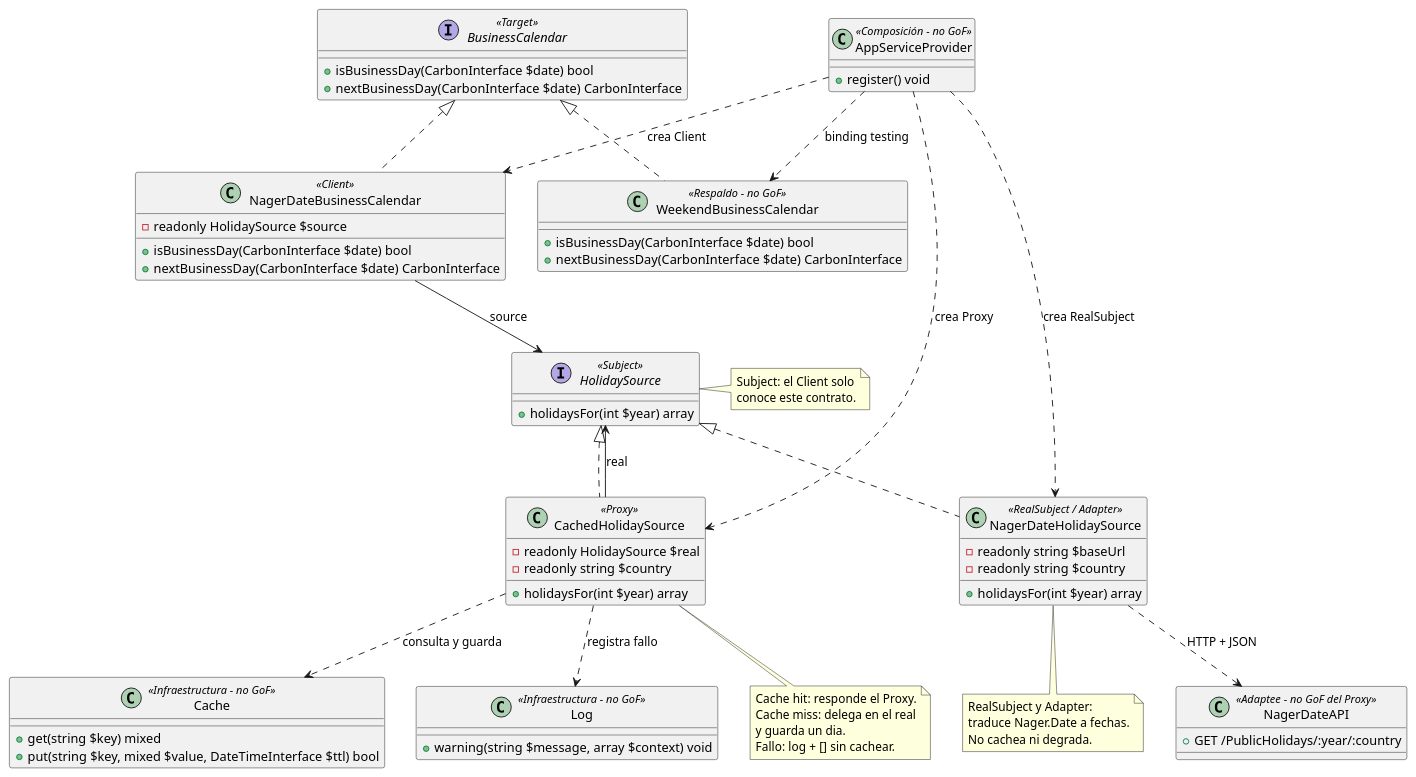
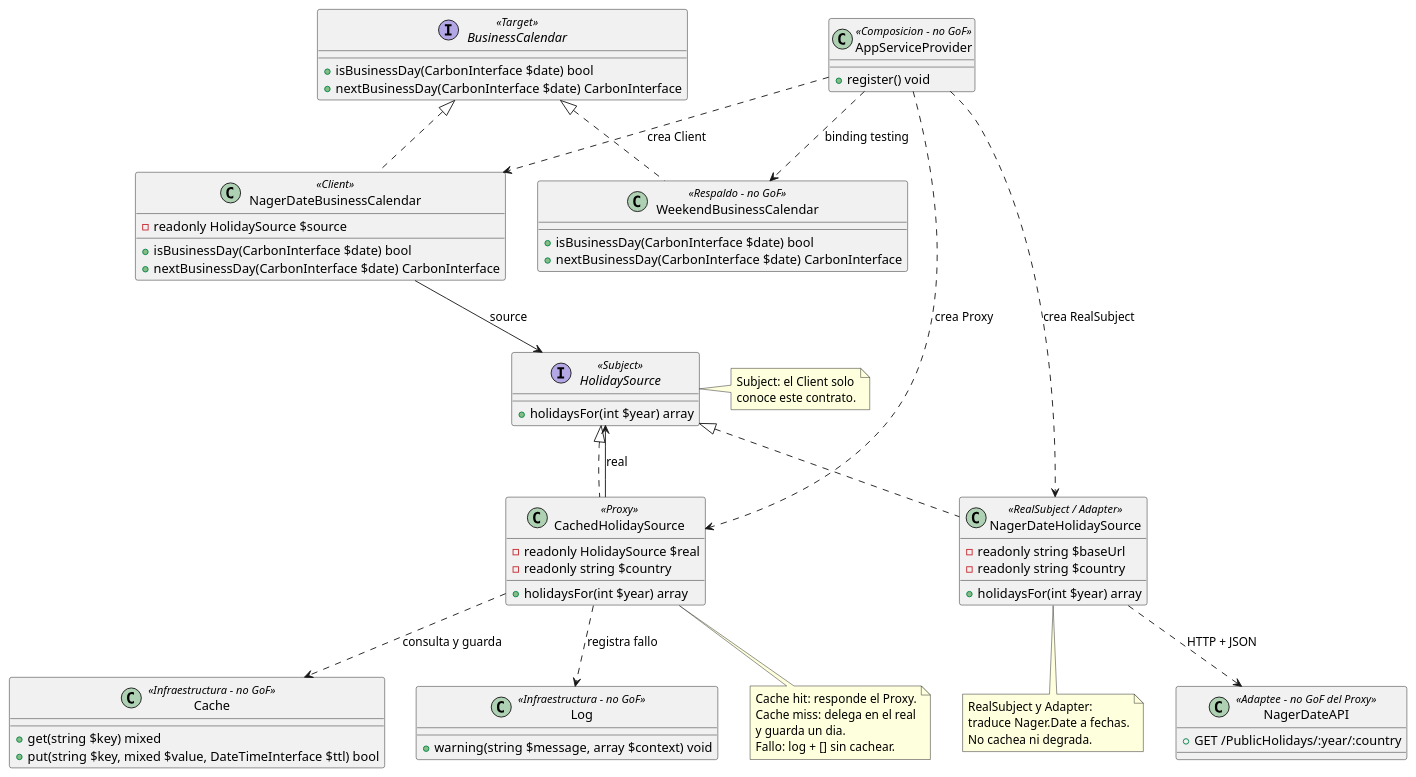
One commit to diegocastro-ac/prometheus changed the first of 2 diagrams in docs/Patrones estructurales/Proxy.md. Above: the diagram before and after it, drawn with PlantUML. The commit also changed other lines of this file and 66 other files, not shown here.

```diff
--- a/docs/Patrones estructurales/Proxy.md
+++ b/docs/Patrones estructurales/Proxy.md
@@ -99,7 +210,7 @@
   +nextBusinessDay(CarbonInterface $date) CarbonInterface
 }
 
-class AppServiceProvider <<Composición - no GoF>> {
+class AppServiceProvider <<Composicion - no GoF>> {
   +register() void
 }
 
```
